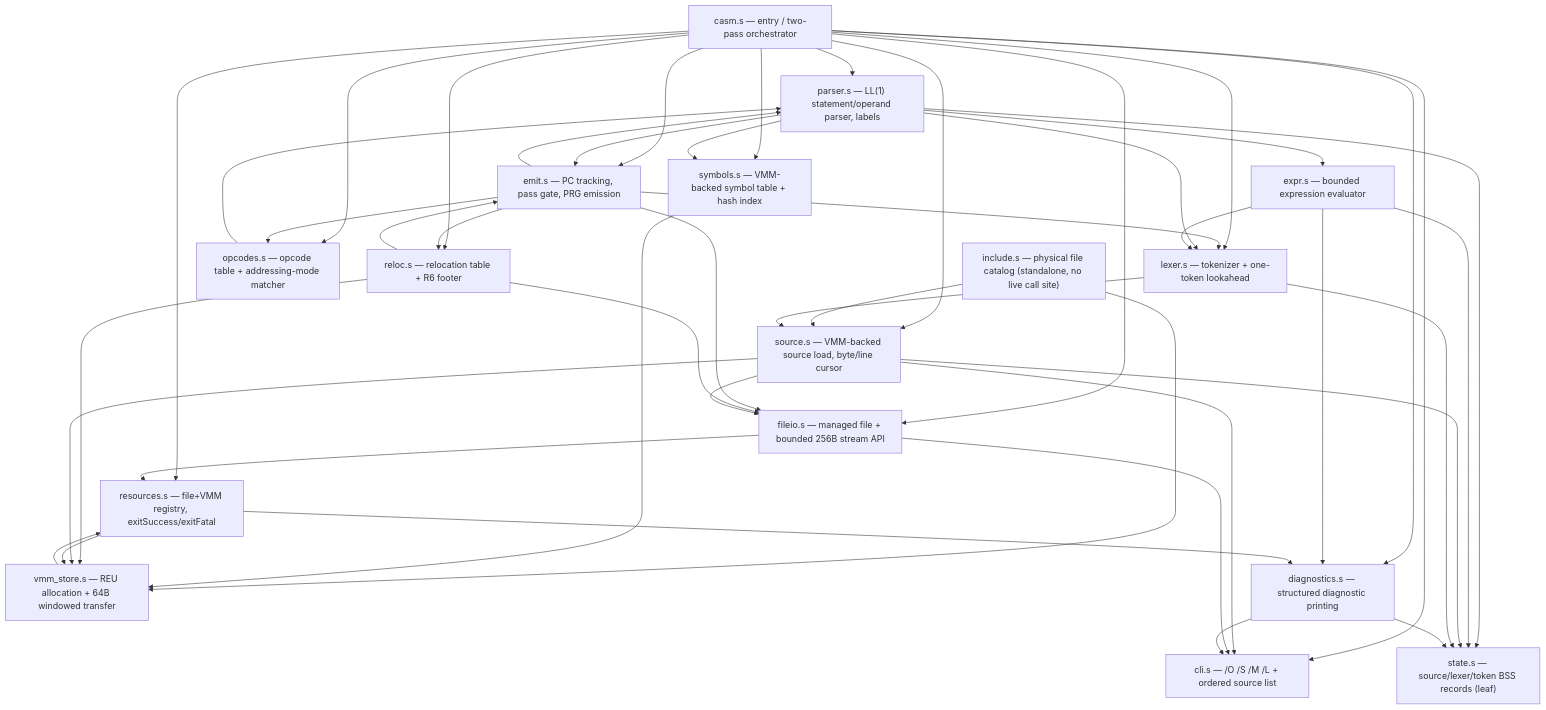
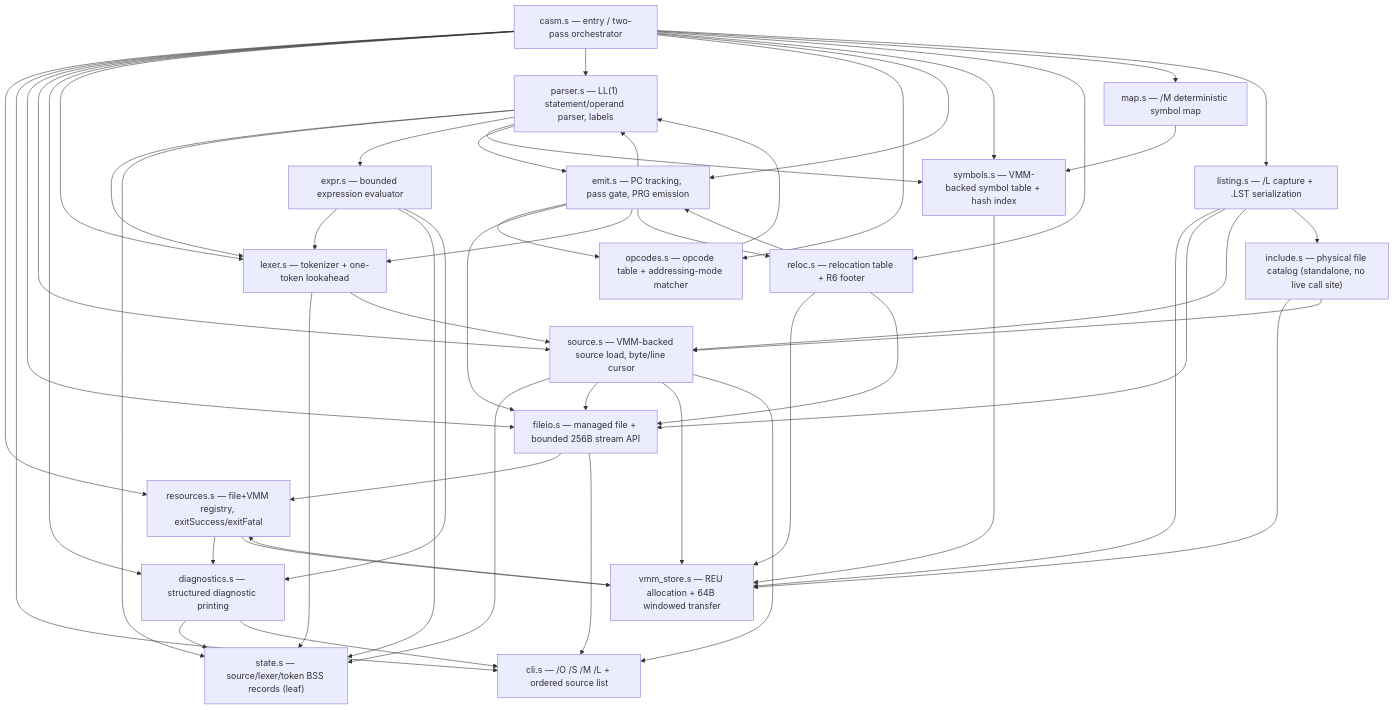
Before and after one commit to corra/command64-os: the first of 2 diagrams in wiki/casm-programmers-reference.md, drawn with Mermaid. The commit also changed other lines of this file and 9 other files, not shown here.

````diff
--- a/wiki/casm-programmers-reference.md
+++ b/wiki/casm-programmers-reference.md
@@ -33,34 +35,38 @@
 ```mermaid
 flowchart TD
     casm["casm.s — entry / two-pass orchestrator"]
     resources["resources.s — file+VMM registry, exitSuccess/exitFatal"]
     cli["cli.s — /O /S /M /L + ordered source list"]
     fileio["fileio.s — managed file + bounded 256B stream API"]
     vmm["vmm_store.s — REU allocation + 64B windowed transfer"]
     source["source.s — VMM-backed source load, byte/line cursor"]
     lexer["lexer.s — tokenizer + one-token lookahead"]
     parser["parser.s — LL(1) statement/operand parser, labels"]
     expr["expr.s — bounded expression evaluator"]
     symbols["symbols.s — VMM-backed symbol table + hash index"]
     opcodes["opcodes.s — opcode table + addressing-mode matcher"]
     reloc["reloc.s — relocation table + R6 footer"]
     include["include.s — physical file catalog (standalone, no live call site)"]
     diagnostics["diagnostics.s — structured diagnostic printing"]
     emit["emit.s — PC tracking, pass gate, PRG emission"]
     state["state.s — source/lexer/token BSS records (leaf)"]
+    map["map.s — /M deterministic symbol map"]
+    listing["listing.s — /L capture + .LST serialization"]
 
-    casm --> resources & cli & fileio & source & diagnostics & lexer & parser & opcodes & emit & symbols & reloc
+    casm --> resources & cli & fileio & source & diagnostics & lexer & parser & opcodes & emit & symbols & reloc & map & listing
     include --> vmm & source
     emit --> parser & opcodes & fileio & lexer & reloc
+    map --> symbols
+    listing --> vmm & fileio & source & include
     parser --> lexer & state & expr & symbols & emit
     expr --> lexer & state & diagnostics
     symbols --> vmm
     reloc --> vmm & fileio & emit
     source --> state & fileio & vmm & cli
     fileio --> resources & cli
     lexer --> state & source
     opcodes --> parser
     vmm --> resources
     resources --> diagnostics & vmm
     diagnostics --> state & cli
 ```
````
